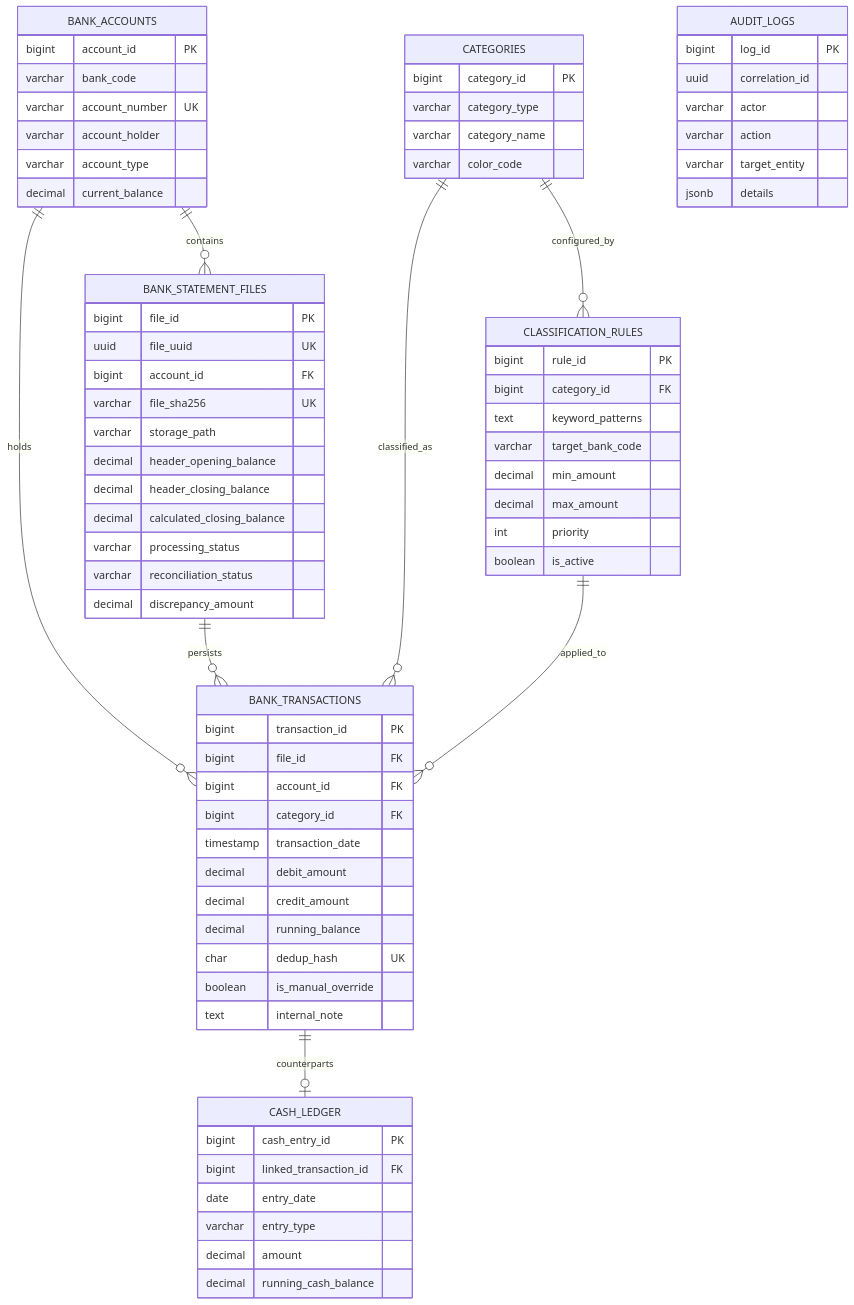
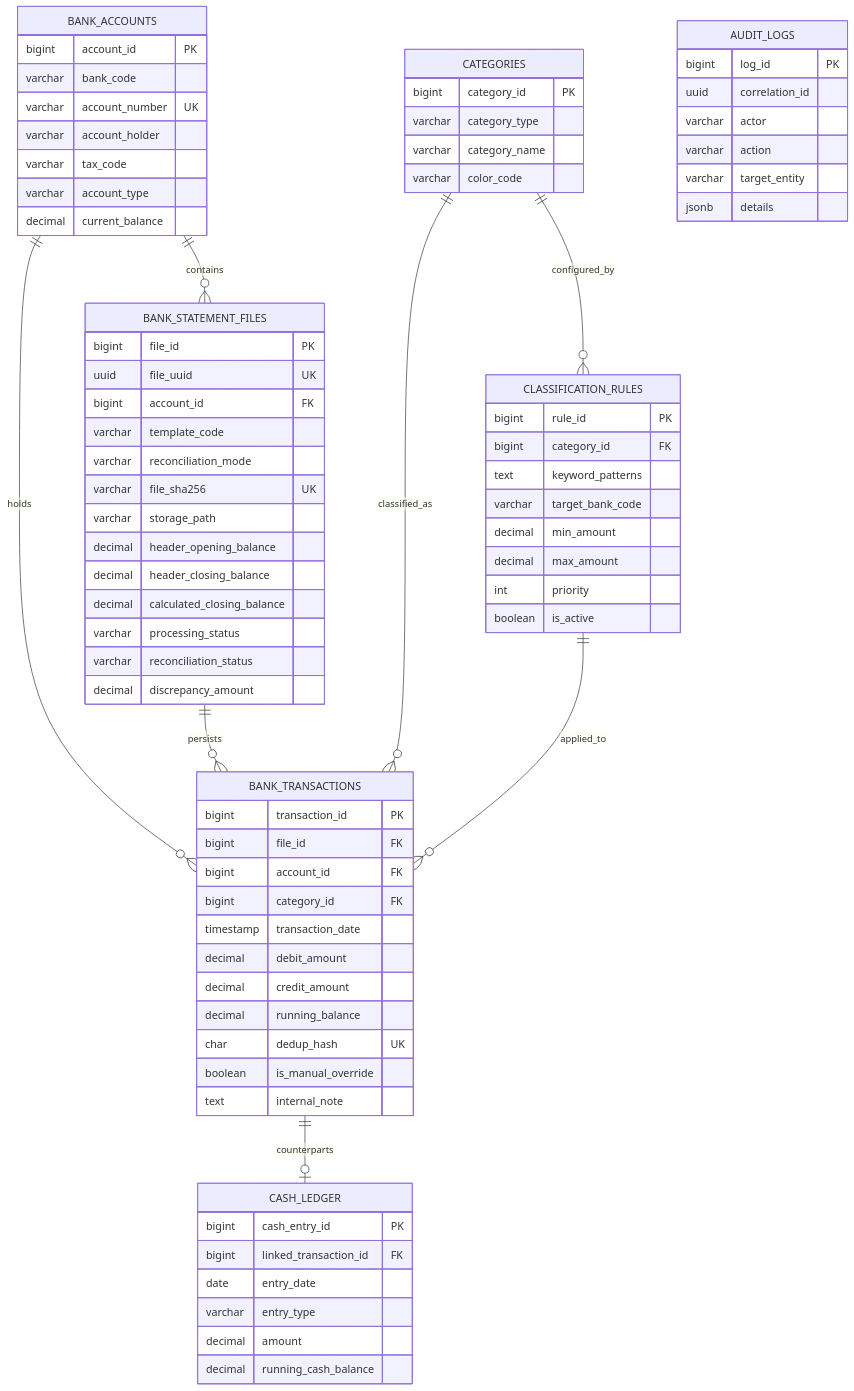
The fourth of 4 diagrams in docs/SAD.md (nlcnhung024/treasury_system), drawn with Mermaid before and after one commit. The commit also changed other lines of this file and 17 other files, not shown here.

Commit message:
feat: initialize database schema, agent rules, documentation, and sample datasets

```diff
--- a/docs/SAD.md
+++ b/docs/SAD.md
@@ -385,6 +403,7 @@
         varchar bank_code
         varchar account_number UK
         varchar account_holder
+        varchar tax_code
         varchar account_type
         decimal current_balance
     }
@@ -393,6 +412,8 @@
         bigint file_id PK
         uuid file_uuid UK
         bigint account_id FK
+        varchar template_code
+        varchar reconciliation_mode
         varchar file_sha256 UK
         varchar storage_path
         decimal header_opening_balance
```
